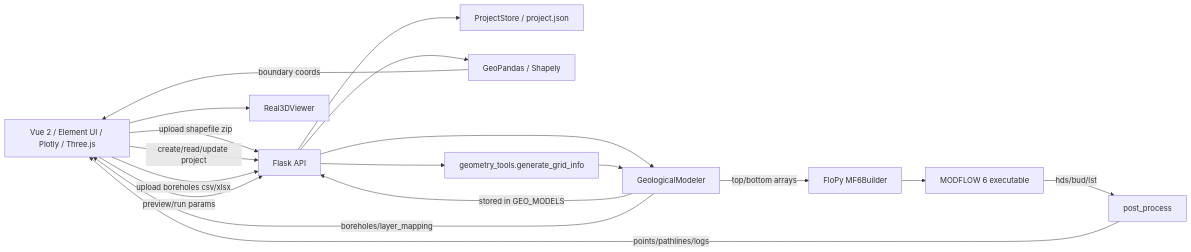
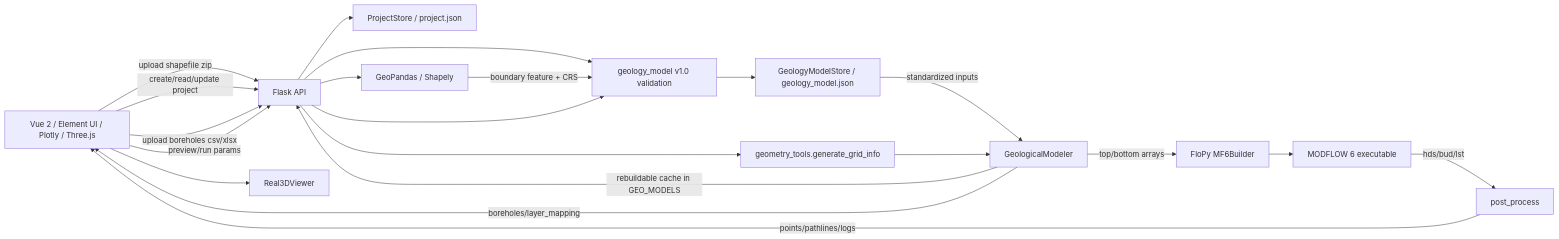
The first of 2 diagrams in docs/ARCHITECTURE_CURRENT.md (Yanyu199/Modflow), drawn with Mermaid before and after one commit. The commit also changed other lines of this file and 19 other files, not shown here.

Commit message:
Add persistent geology model schema and validation

````diff
--- a/docs/ARCHITECTURE_CURRENT.md
+++ b/docs/ARCHITECTURE_CURRENT.md
@@ -7,33 +7,38 @@
 ```mermaid
 flowchart LR
   Browser["Vue 2 / Element UI / Plotly / Three.js"]
   Flask["Flask API"]
   ProjectStore["ProjectStore / project.json"]
+  GeologyStore["GeologyModelStore / geology_model.json"]
+  GeoSchema["geology_model v1.0 validation"]
   Geo["GeoPandas / Shapely"]
   Modeler["GeologicalModeler"]
   Grid["geometry_tools.generate_grid_info"]
   FloPy["FloPy MF6Builder"]
   MF6["MODFLOW 6 executable"]
   Post["post_process"]
   Three["Real3DViewer"]
 
   Browser -->|upload shapefile zip| Flask
   Browser -->|create/read/update project| Flask
   Flask --> ProjectStore
+  Flask --> GeoSchema
+  GeoSchema --> GeologyStore
   Flask --> Geo
-  Geo -->|boundary coords| Browser
+  Geo -->|boundary feature + CRS| GeoSchema
 
   Browser -->|upload boreholes csv/xlsx| Flask
-  Flask --> Modeler
-  Modeler -->|stored in GEO_MODELS| Flask
+  Flask --> GeoSchema
+  GeologyStore -->|standardized inputs| Modeler
+  Modeler -->|rebuildable cache in GEO_MODELS| Flask
   Modeler -->|boreholes/layer_mapping| Browser
 
   Browser -->|preview/run params| Flask
   Flask --> Grid
   Grid --> Modeler
   Modeler -->|top/bottom arrays| FloPy
   FloPy --> MF6
   MF6 -->|hds/bud/lst| Post
   Post -->|points/pathlines/logs| Browser
   Browser --> Three
 ```
````
